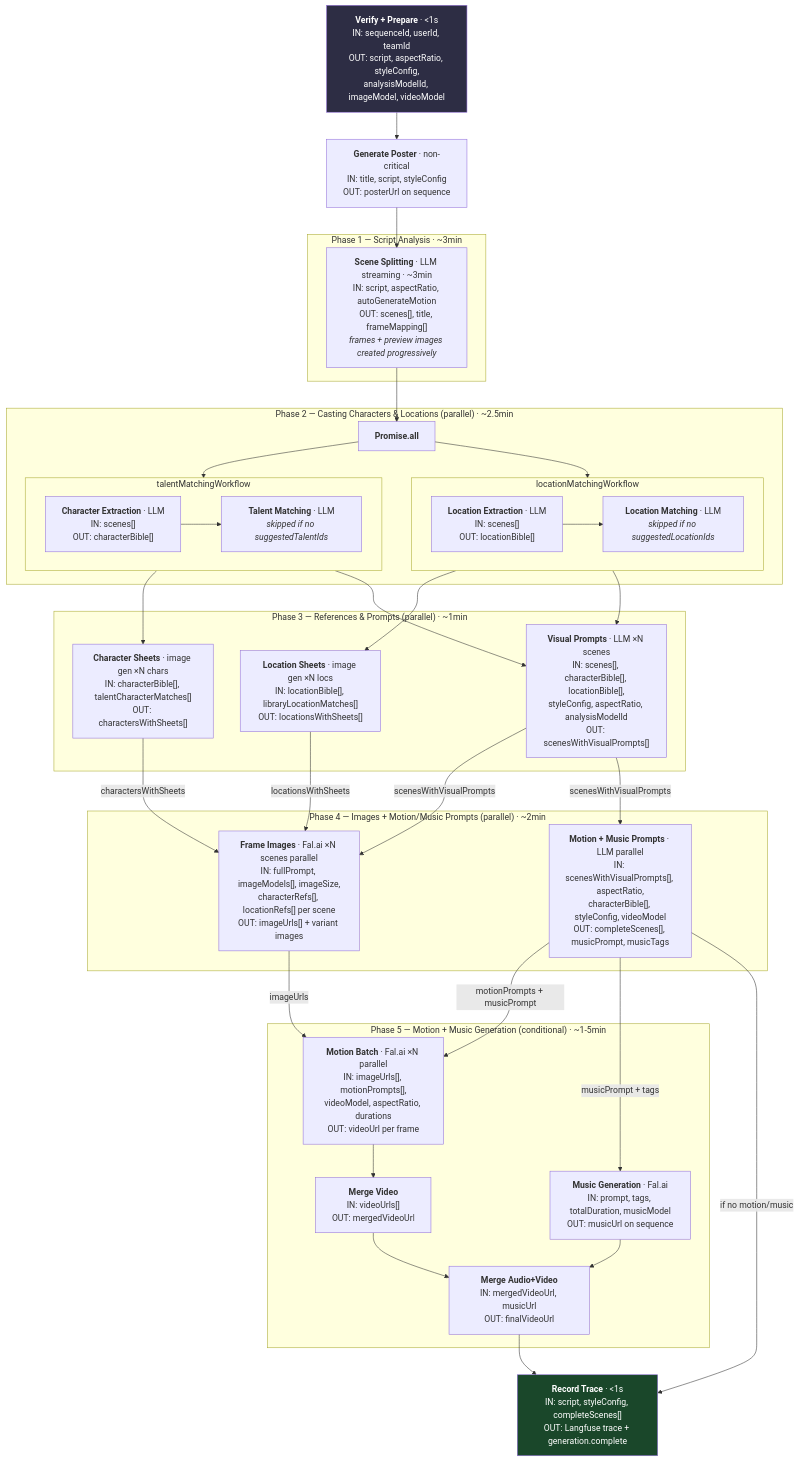
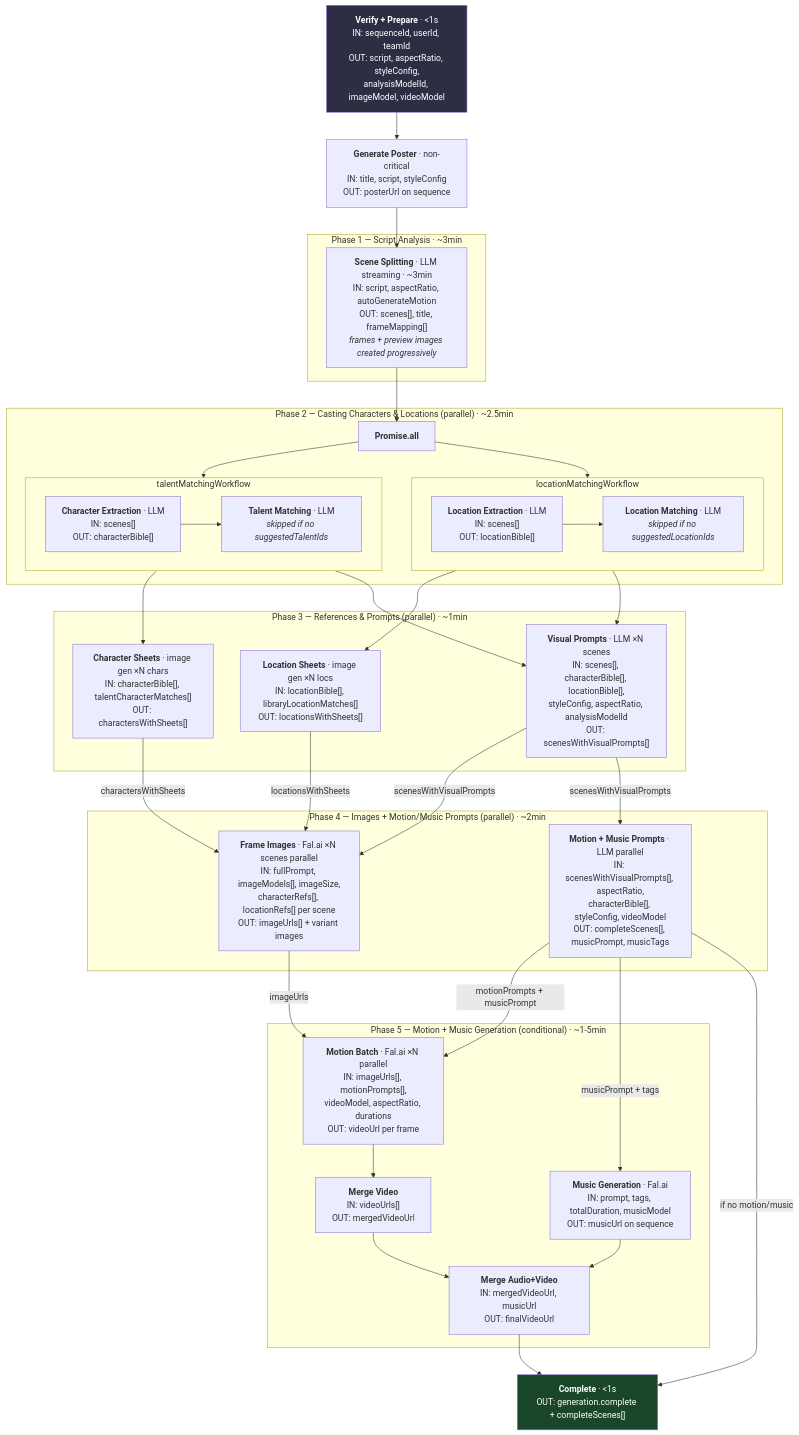
One commit to Naxp/openstory changed the first of 7 diagrams in docs/developer-guide/workflow.md. Above: the diagram before and after it, drawn with Mermaid. The commit also changed other lines of this file and 45 other files, not shown here.

````diff
--- a/docs/developer-guide/workflow.md
+++ b/docs/developer-guide/workflow.md
@@ -12,71 +12,71 @@
 ```mermaid
 flowchart TD
     Verify["<b>Verify + Prepare</b> · <1s<br/>IN: sequenceId, userId, teamId<br/>OUT: script, aspectRatio, styleConfig,<br/>analysisModelId, imageModel, videoModel"] --> Poster
     Poster["<b>Generate Poster</b> · non-critical<br/>IN: title, script, styleConfig<br/>OUT: posterUrl on sequence"] --> SceneSplit
 
     subgraph "Phase 1 — Script Analysis · ~3min"
         SceneSplit["<b>Scene Splitting</b> · LLM streaming · ~3min<br/>IN: script, aspectRatio, autoGenerateMotion<br/>OUT: scenes[], title, frameMapping[]<br/><i>frames + preview images created progressively</i>"]
     end
 
     SceneSplit --> P2
 
     subgraph "Phase 2 — Casting Characters & Locations (parallel) · ~2.5min"
         P2["<b>Promise.all</b>"]
         P2 --> TalentSub
         P2 --> LocationSub
 
         subgraph TalentSub["talentMatchingWorkflow"]
             CharExtract["<b>Character Extraction</b> · LLM<br/>IN: scenes[]<br/>OUT: characterBible[]"]
             TalentMatch["<b>Talent Matching</b> · LLM<br/><i>skipped if no suggestedTalentIds</i>"]
             CharExtract --> TalentMatch
         end
 
         subgraph LocationSub["locationMatchingWorkflow"]
             LocExtract["<b>Location Extraction</b> · LLM<br/>IN: scenes[]<br/>OUT: locationBible[]"]
             LocMatch["<b>Location Matching</b> · LLM<br/><i>skipped if no suggestedLocationIds</i>"]
             LocExtract --> LocMatch
         end
     end
 
     subgraph "Phase 3 — References & Prompts (parallel) · ~1min"
         CharSheets["<b>Character Sheets</b> · image gen ×N chars<br/>IN: characterBible[], talentCharacterMatches[]<br/>OUT: charactersWithSheets[]"]
         LocSheets["<b>Location Sheets</b> · image gen ×N locs<br/>IN: locationBible[], libraryLocationMatches[]<br/>OUT: locationsWithSheets[]"]
         VisualPrompts["<b>Visual Prompts</b> · LLM ×N scenes<br/>IN: scenes[], characterBible[], locationBible[],<br/>styleConfig, aspectRatio, analysisModelId<br/>OUT: scenesWithVisualPrompts[]"]
     end
 
     TalentSub --> CharSheets
     TalentSub --> VisualPrompts
     LocationSub --> LocSheets
     LocationSub --> VisualPrompts
 
     subgraph "Phase 4 — Images + Motion/Music Prompts (parallel) · ~2min"
         ImageGen["<b>Frame Images</b> · Fal.ai ×N scenes parallel<br/>IN: fullPrompt, imageModels[], imageSize,<br/>characterRefs[], locationRefs[] per scene<br/>OUT: imageUrls[] + variant images"]
         MotionMusicPrompts["<b>Motion + Music Prompts</b> · LLM parallel<br/>IN: scenesWithVisualPrompts[], aspectRatio,<br/>characterBible[], styleConfig, videoModel<br/>OUT: completeScenes[], musicPrompt, musicTags"]
     end
 
     CharSheets -->|"charactersWithSheets"| ImageGen
     LocSheets -->|"locationsWithSheets"| ImageGen
     VisualPrompts -->|"scenesWithVisualPrompts"| ImageGen
     VisualPrompts -->|"scenesWithVisualPrompts"| MotionMusicPrompts
 
     subgraph "Phase 5 — Motion + Music Generation (conditional) · ~1-5min"
         MotionBatch["<b>Motion Batch</b> · Fal.ai ×N parallel<br/>IN: imageUrls[], motionPrompts[],<br/>videoModel, aspectRatio, durations<br/>OUT: videoUrl per frame"]
         MusicGen["<b>Music Generation</b> · Fal.ai<br/>IN: prompt, tags, totalDuration, musicModel<br/>OUT: musicUrl on sequence"]
         MergeVideo["<b>Merge Video</b><br/>IN: videoUrls[]<br/>OUT: mergedVideoUrl"]
         MergeAudioVideo["<b>Merge Audio+Video</b><br/>IN: mergedVideoUrl, musicUrl<br/>OUT: finalVideoUrl"]
         MotionBatch --> MergeVideo
         MusicGen --> MergeAudioVideo
         MergeVideo --> MergeAudioVideo
     end
 
     ImageGen -->|"imageUrls"| MotionBatch
     MotionMusicPrompts -->|"motionPrompts + musicPrompt"| MotionBatch
     MotionMusicPrompts -->|"musicPrompt + tags"| MusicGen
 
-    MergeAudioVideo --> Trace
-    MotionMusicPrompts -->|"if no motion/music"| Trace
-    Trace["<b>Record Trace</b> · <1s<br/>IN: script, styleConfig, completeScenes[]<br/>OUT: Langfuse trace + generation.complete"]
+    MergeAudioVideo --> Done
+    MotionMusicPrompts -->|"if no motion/music"| Done
+    Done["<b>Complete</b> · <1s<br/>OUT: generation.complete + completeScenes[]"]
 
     style Verify fill:#2d2d44,color:#fff
-    style Trace fill:#1a472a,color:#fff
+    style Done fill:#1a472a,color:#fff
 ```
````
